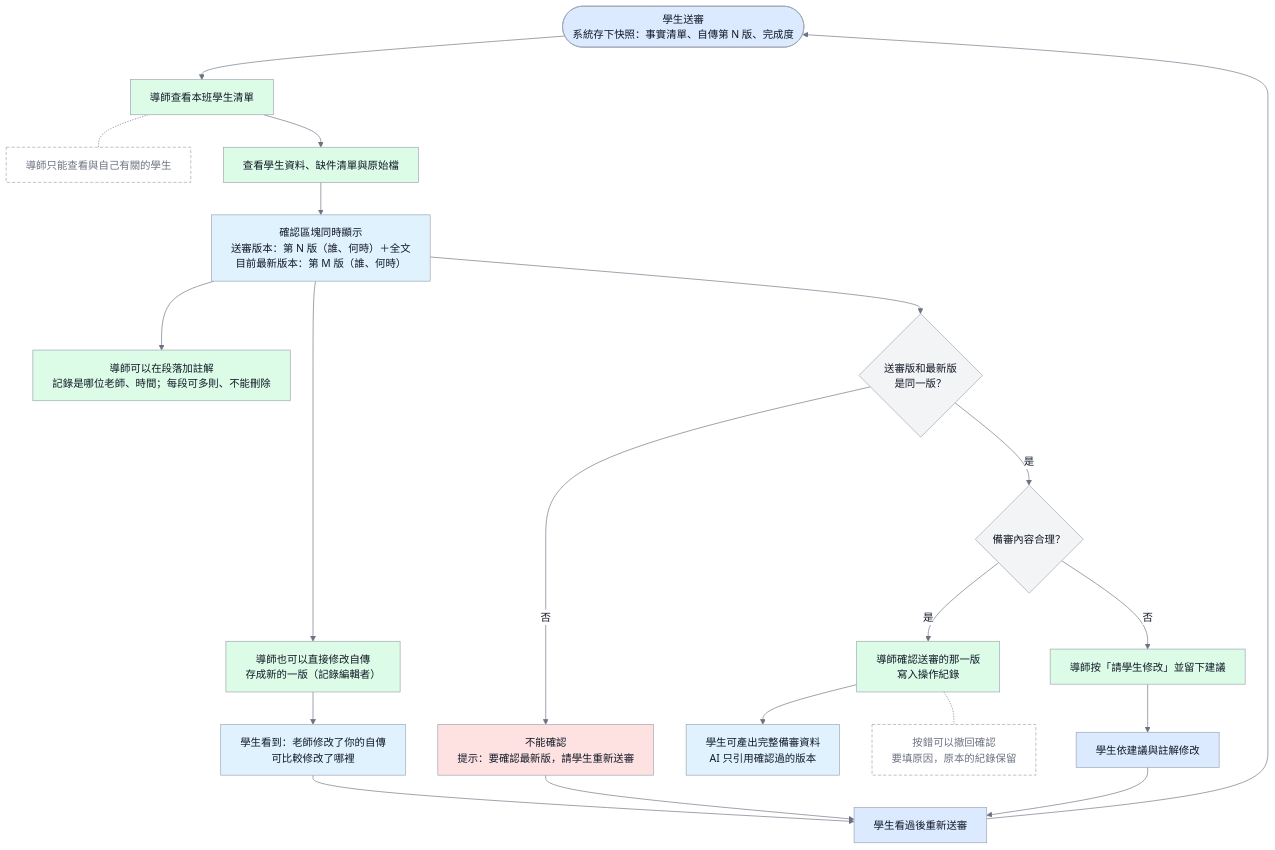
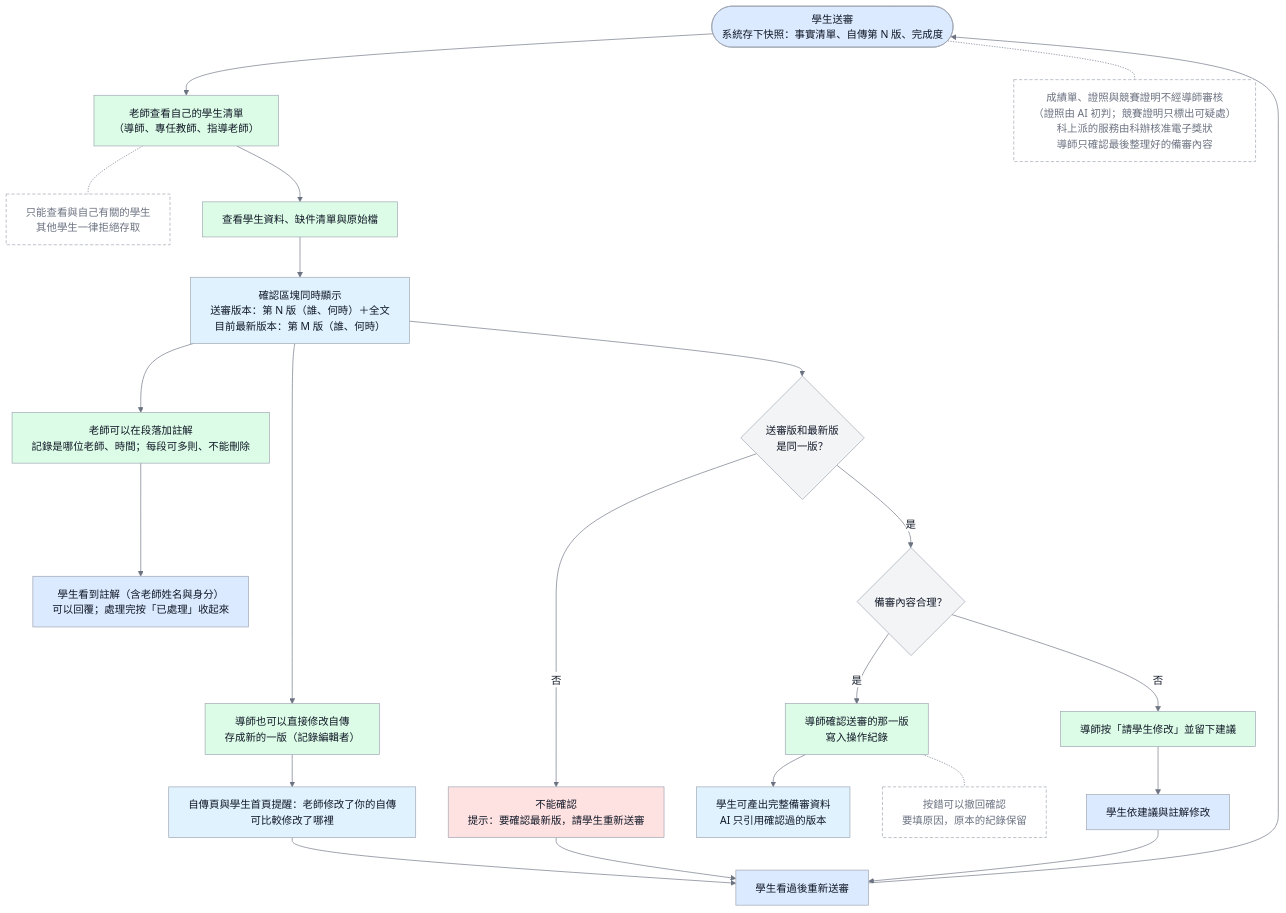
Before and after one commit to vujhdcusa/1028: the diagram in docs/02_需求與設計/AI_設計規格_導師確認版本與段落註解_2026-10-10.md, drawn with Mermaid. The commit also changed other lines of this file and 1 other file, not shown here.

Commit message:
導師確認版本與段落註解：使用者決定寫入、規格定案；新版圖 9 草稿圖片

````diff
--- a/docs/02_需求與設計/AI_設計規格_導師確認版本與段落註解_2026-10-10.md
+++ b/docs/02_需求與設計/AI_設計規格_導師確認版本與段落註解_2026-10-10.md
@@ -86,29 +93,31 @@
 ```mermaid
 %%{init: {'theme':'base','themeVariables': {'fontFamily':'Microsoft JhengHei, Noto Sans TC, Arial, sans-serif','primaryColor':'#F3F4F6','primaryTextColor':'#111827','primaryBorderColor':'#9CA3AF','lineColor':'#6B7280','edgeLabelBackground':'#FFFFFF'},'flowchart':{'wrappingWidth':400}}}%%
 flowchart TD
     classDef student fill:#DBEAFE,stroke:#9CA3AF,color:#111827,stroke-width:1px;
     classDef teacher fill:#DCFCE7,stroke:#9CA3AF,color:#111827,stroke-width:1px;
     classDef system fill:#E0F2FE,stroke:#9CA3AF,color:#111827,stroke-width:1px;
     classDef alert fill:#FEE2E2,stroke:#9CA3AF,color:#111827,stroke-width:1px;
     classDef pending fill:#FFFFFF,stroke:#9CA3AF,color:#6B7280,stroke-width:1px,stroke-dasharray:5 3;
 
-    Submit([學生送審<br/>系統存下快照：事實清單、自傳第 N 版、完成度]):::student --> List[導師查看本班學生清單]:::teacher
-    List -.- Scope[導師只能查看與自己有關的學生]:::pending
+    Submit([學生送審<br/>系統存下快照：事實清單、自傳第 N 版、完成度]):::student --> List[老師查看自己的學生清單<br/>（導師、專任教師、指導老師）]:::teacher
+    List -.- Scope[只能查看與自己有關的學生<br/>其他學生一律拒絕存取]:::pending
+    Submit -.- NoCert[成績單、證照與競賽證明不經導師審核<br/>（證照由 AI 初判；競賽證明只標出可疑處）<br/>科上派的服務由科辦核准電子獎狀<br/>導師只確認最後整理好的備審內容]:::pending
     List --> View[查看學生資料、缺件清單與原始檔]:::teacher
     View --> Versions[確認區塊同時顯示<br/>送審版本：第 N 版（誰、何時）＋全文<br/>目前最新版本：第 M 版（誰、何時）]:::system
-    Versions --> Comment[導師可以在段落加註解<br/>記錄是哪位老師、時間；每段可多則、不能刪除]:::teacher
+    Versions --> Comment[老師可以在段落加註解<br/>記錄是哪位老師、時間；每段可多則、不能刪除]:::teacher
+    Comment --> Reply[學生看到註解（含老師姓名與身分）<br/>可以回覆；處理完按「已處理」收起來]:::student
     Versions --> Edit[導師也可以直接修改自傳<br/>存成新的一版（記錄編輯者）]:::teacher
-    Edit --> Notify[學生看到：老師修改了你的自傳<br/>可比較修改了哪裡]:::system
+    Edit --> Notify[自傳頁與學生首頁提醒：老師修改了你的自傳<br/>可比較修改了哪裡]:::system
     Notify --> Resubmit[學生看過後重新送審]:::student
     Resubmit --> Submit
     Versions --> Same{送審版和最新版<br/>是同一版？}
     Same -- 否 --> Block[不能確認<br/>提示：要確認最新版，請學生重新送審]:::alert
     Block --> Resubmit
     Same -- 是 --> Reasonable{備審內容合理？}
     Reasonable -- 是 --> Confirm[導師確認送審的那一版<br/>寫入操作紀錄]:::teacher
     Confirm --> Ready[學生可產出完整備審資料<br/>AI 只引用確認過的版本]:::system
     Reasonable -- 否 --> Advice[導師按「請學生修改」並留下建議]:::teacher
     Advice --> Fix[學生依建議與註解修改]:::student
     Fix --> Resubmit
     Confirm -.- Withdraw[按錯可以撤回確認<br/>要填原因，原本的紀錄保留]:::pending
 ```
````
